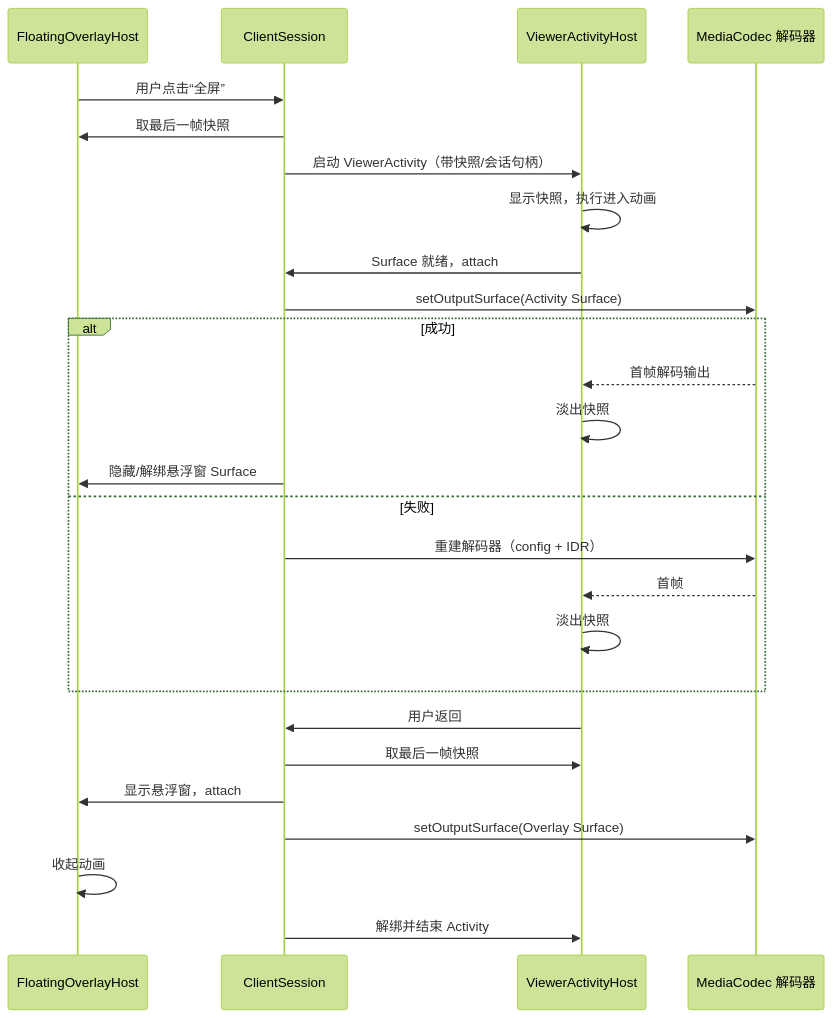
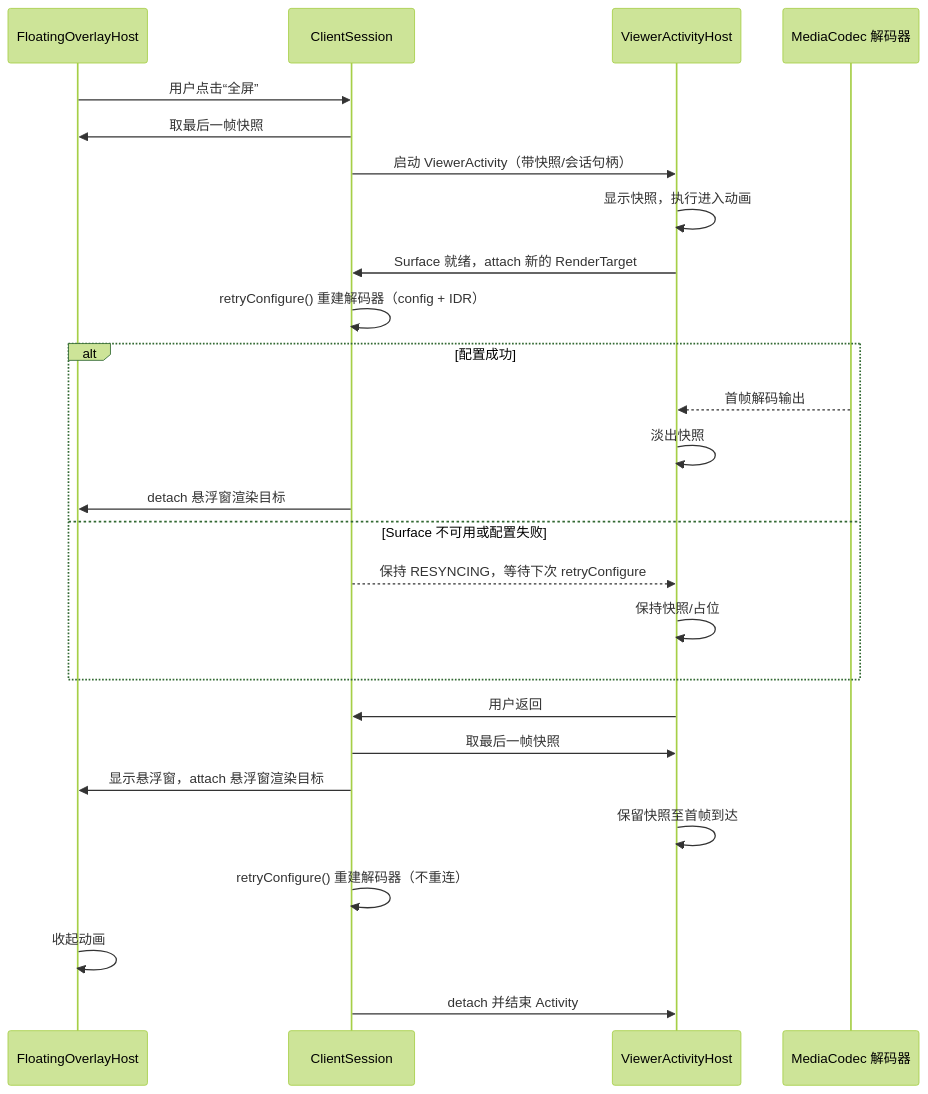
One commit to obby-xiang/LocalScreenShareAndroid changed the sixth of 7 diagrams in docs/windowing-session-design.md. Above: the diagram before and after it, drawn with Mermaid (forest theme). The commit also changed other lines of this file and 7 other files, not shown here.

````diff
--- a/docs/windowing-session-design.md
+++ b/docs/windowing-session-design.md
@@ -187,30 +187,30 @@
 ```mermaid
 sequenceDiagram
     participant O as FloatingOverlayHost
     participant S as ClientSession
     participant A as ViewerActivityHost
     participant D as MediaCodec 解码器
 
     O->>S: 用户点击“全屏”
     S->>O: 取最后一帧快照
     S->>A: 启动 ViewerActivity（带快照/会话句柄）
     A->>A: 显示快照，执行进入动画
-    A->>S: Surface 就绪，attach
-    S->>D: setOutputSurface(Activity Surface)
-    alt 成功
+    A->>S: Surface 就绪，attach 新的 RenderTarget
+    S->>S: retryConfigure() 重建解码器（config + IDR）
+    alt 配置成功
         D-->>A: 首帧解码输出
         A->>A: 淡出快照
-        S->>O: 隐藏/解绑悬浮窗 Surface
-    else 失败
-        S->>D: 重建解码器（config + IDR）
-        D-->>A: 首帧
-        A->>A: 淡出快照
+        S->>O: detach 悬浮窗渲染目标
+    else Surface 不可用或配置失败
+        S-->>A: 保持 RESYNCING，等待下次 retryConfigure
+        A->>A: 保持快照/占位
     end
 
     A->>S: 用户返回
     S->>A: 取最后一帧快照
-    S->>O: 显示悬浮窗，attach
-    S->>D: setOutputSurface(Overlay Surface)
+    S->>O: 显示悬浮窗，attach 悬浮窗渲染目标
+    A->>A: 保留快照至首帧到达
+    S->>S: retryConfigure() 重建解码器（不重连）
     O->>O: 收起动画
-    S->>A: 解绑并结束 Activity
+    S->>A: detach 并结束 Activity
 ```
````
